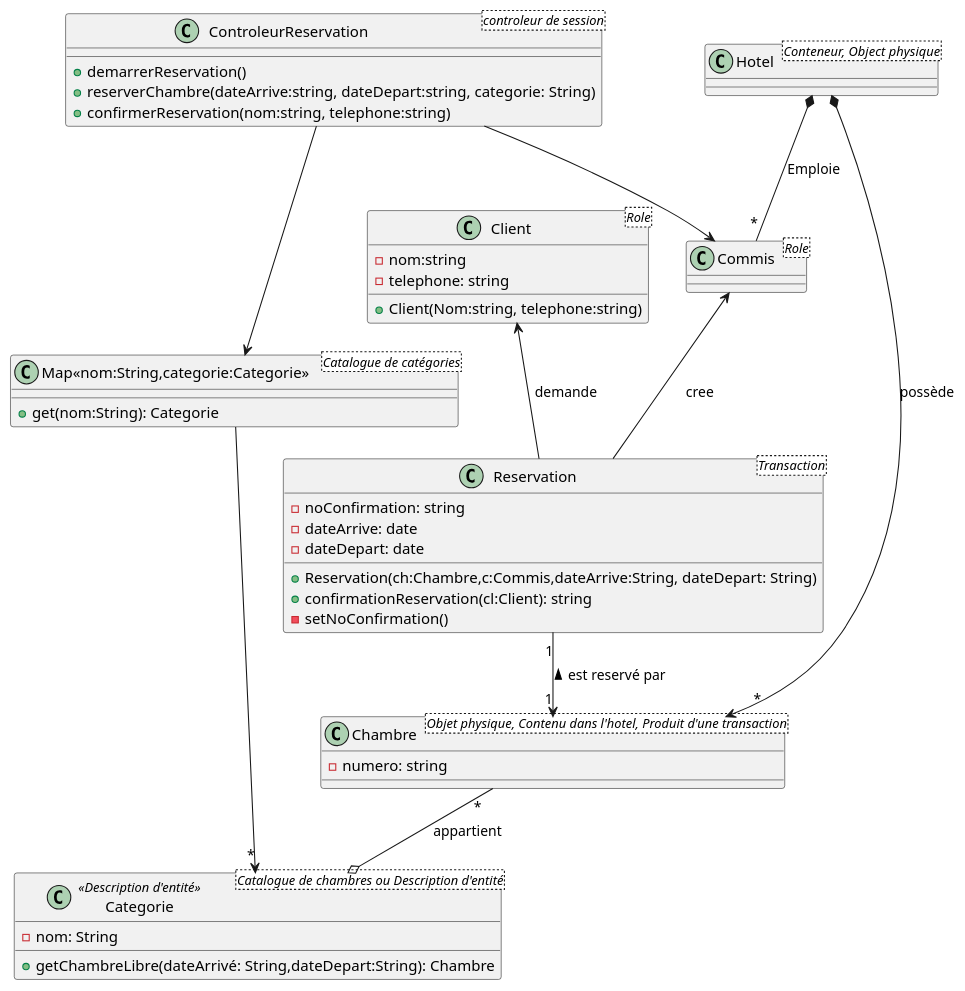
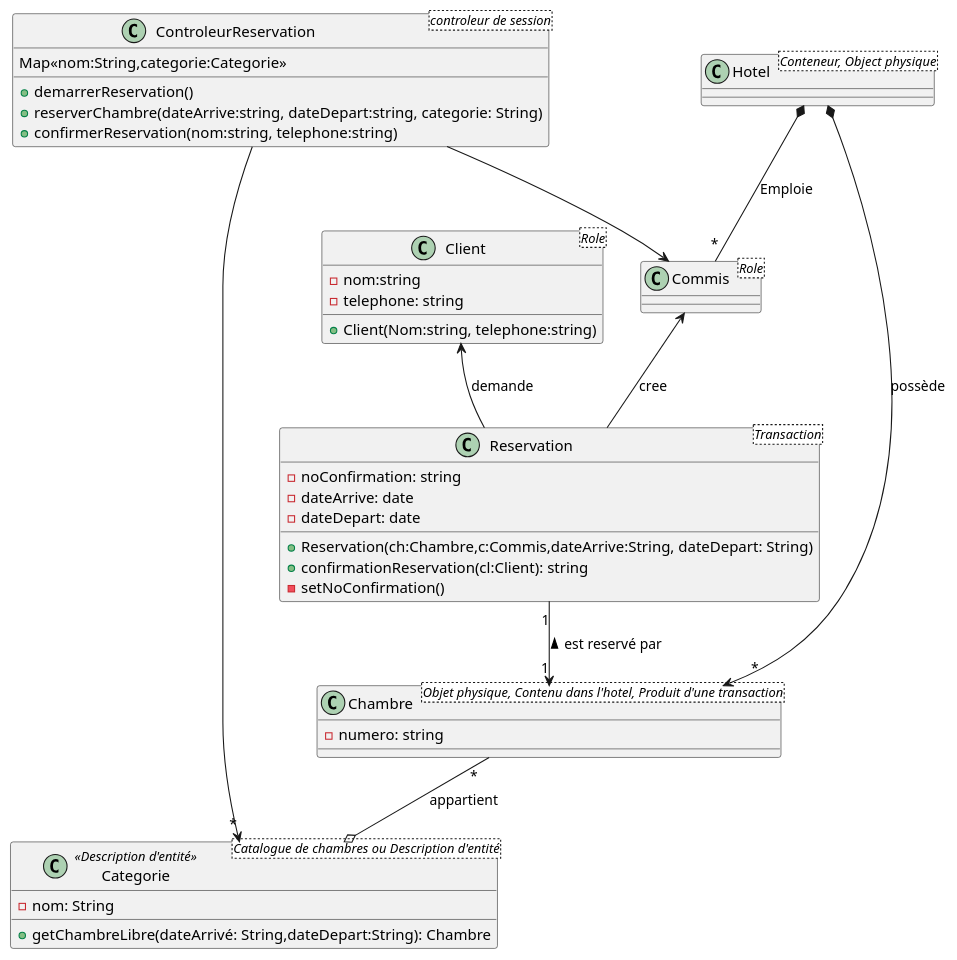
The eighth of 23 diagrams in ACOO/01-application-gestion-hoteliere-solution-V2.puml (yvanross/LOG210-exercices), drawn with PlantUML before and after one commit. The commit also changed other lines of this file and 24 other files, not shown here.

```diff
--- a/ACOO/01-application-gestion-hoteliere-solution-V2.puml
+++ b/ACOO/01-application-gestion-hoteliere-solution-V2.puml
@@ -176,45 +181,43 @@
 @startuml CU01-DCL
 class ControleurReservation<controleur de session> {
+  Map<<nom:String,categorie:Categorie>>
   +demarrerReservation()
   +reserverChambre(dateArrive:string, dateDepart:string, categorie: String)
   +confirmerReservation(nom:string, telephone:string)
-}
-class "Map<<nom:String,categorie:Categorie>> <Catalogue de catégories>" as MC {
-  +get(nom:String): Categorie
+
 }
 
 class Hotel <Conteneur, Object physique>
 class Categorie <<Description d'entité>> {
   -nom: String
   +getChambreLibre(dateArrivé: String,dateDepart:String): Chambre
 }
 class Reservation <Transaction>{
   -noConfirmation: string
   -dateArrive: date
   -dateDepart: date
   +Reservation(ch:Chambre,c:Commis,dateArrive:String, dateDepart: String)
   +confirmationReservation(cl:Client): string
   -setNoConfirmation()
 }
 class Commis <Role>
 
 class Chambre <Objet physique, Contenu dans l'hotel, Produit d'une transaction>{
   -numero: string
 }
 class Client <Role> {
   -nom:string
   -telephone: string
   +Client(Nom:string, telephone:string)
 }
 class Categorie <Catalogue de chambres ou Description d'entité>
 
 Hotel  *--> "*" Chambre: possède
 Chambre "*" --o Categorie: appartient
 Client  <--  Reservation: demande
 Commis  <--  Reservation: cree
 Hotel  *-- "*" Commis : Emploie
 Reservation "1" --> "1" Chambre : est reservé par <
-ControleurReservation --> MC
 ControleurReservation --> Commis
-MC --> "*" Categorie
+ControleurReservation --> "*" Categorie
 @enduml
```
